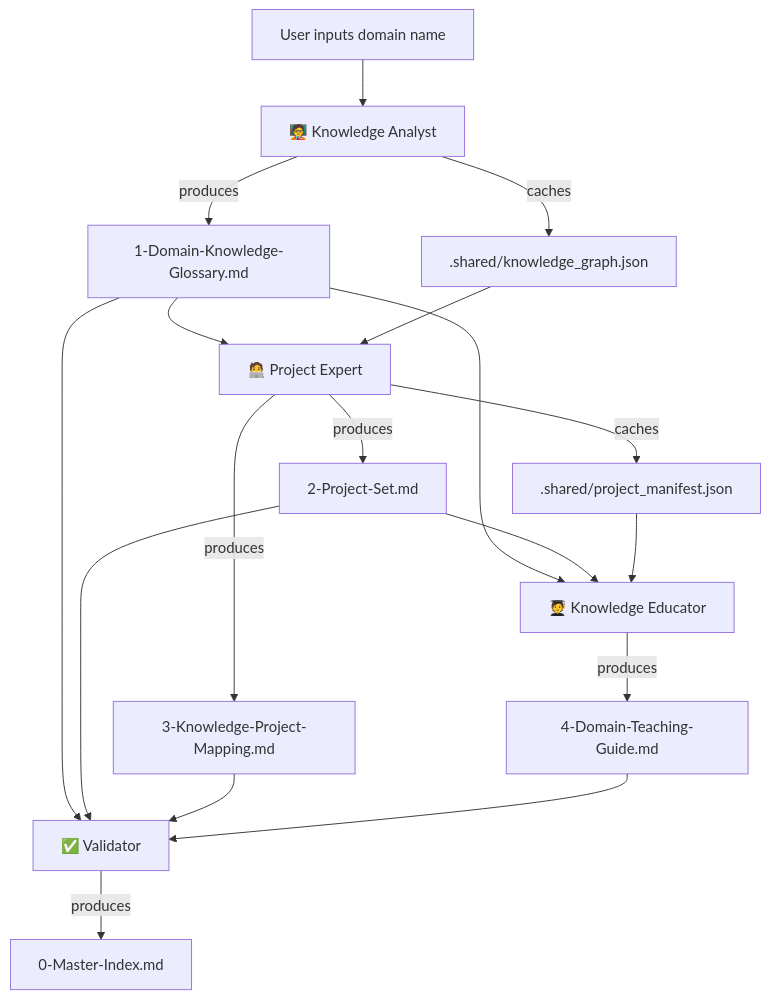
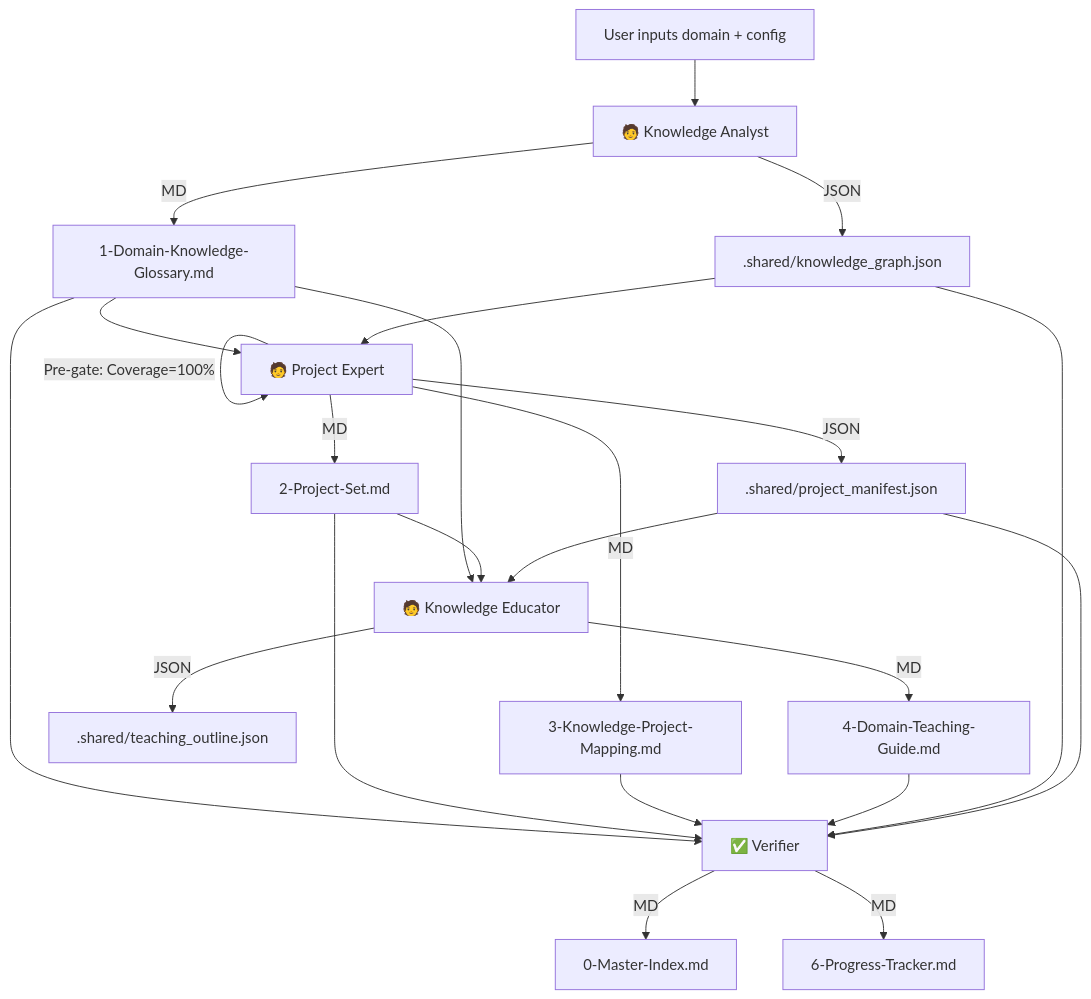
Before and after one commit to LiuYuanSong753/KnowledgeEngineOrchestrator: the diagram in README-en.md, drawn with Mermaid. The commit also changed other lines of this file and 11 other files, not shown here.

Commit message:
重大更新：新增闭环校验器 Agent（替代未实现的 system-calculation）；新增 teaching_outline.json 中间件产出；新增 config 参数化配置（granularity/depth_mode/style_profile/max_knowledge_points）；新增断点续跑与增量更新机制；新增前置校验门（覆盖率/格式/完整性）；新增进度反馈与执行计划预览；修正 Agent 输入声明格式断层；补充故障排查指南与 Token 消耗估算表

````diff
--- a/README-en.md
+++ b/README-en.md
@@ -46,23 +47,28 @@
 ```mermaid
 flowchart TD
-    A[User inputs domain name] --> B[🧑‍🏫 Knowledge Analyst]
-    B -->|produces| C[1-Domain-Knowledge-Glossary.md]
-    B -->|caches| D[.shared/knowledge_graph.json]
+    A[User inputs domain + config] --> B[🧑 Knowledge Analyst]
+    B -->|JSON| D[.shared/knowledge_graph.json]
+    B -->|MD| C[1-Domain-Knowledge-Glossary.md]
     
-    C --> E[🧑‍💻 Project Expert]
+    C --> E[🧑 Project Expert]
     D --> E
-    E -->|produces| F[2-Project-Set.md]
-    E -->|produces| G[3-Knowledge-Project-Mapping.md]
-    E -->|caches| H[.shared/project_manifest.json]
+    E -->|Pre-gate: Coverage=100%| E
+    E -->|JSON| H[.shared/project_manifest.json]
+    E -->|MD| F[2-Project-Set.md]
+    E -->|MD| G[3-Knowledge-Project-Mapping.md]
     
-    C --> I[🧑‍🎓 Knowledge Educator]
+    C --> I[🧑 Knowledge Educator]
     F --> I
     H --> I
-    I -->|produces| J[4-Domain-Teaching-Guide.md]
+    I -->|JSON| J[.shared/teaching_outline.json]
+    I -->|MD| K[4-Domain-Teaching-Guide.md]
     
-    C --> K[✅ Validator]
-    F --> K
-    G --> K
-    J --> K
-    K -->|produces| L[0-Master-Index.md]
+    C --> L[✅ Verifier]
+    F --> L
+    G --> L
+    K --> L
+    D --> L
+    H --> L
+    L -->|MD| M[0-Master-Index.md]
+    L -->|MD| N[6-Progress-Tracker.md]
 ```
````
